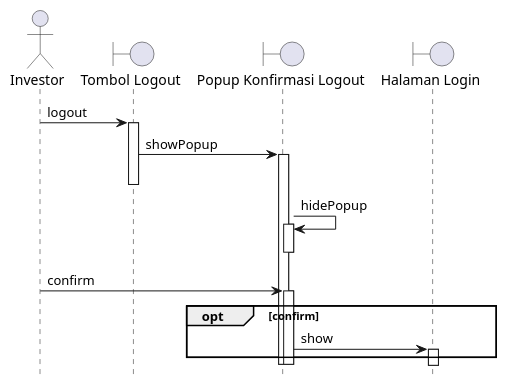
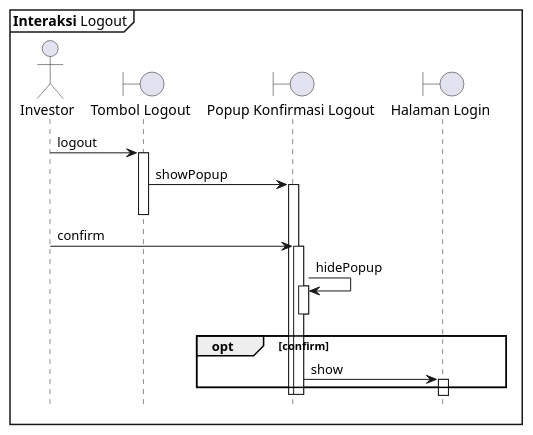
The diagram in sequence/Logout.puml (clarestarahma/manajemen-investasi), drawn with PlantUML before and after one commit. The commit also changed 1 other file, not shown here.

Commit message:
mengubah hubungi-cs dan logout

```diff
--- a/sequence/Logout.puml
+++ b/sequence/Logout.puml
@@ -1,29 +1,32 @@
 @startuml Sequence
 
 hide footbox
 autoactivate on
+
+mainframe **Interaksi** Logout
 
 actor "Investor" as I
 boundary "Tombol Logout" as TL
 boundary "Popup Konfirmasi Logout" as PKL
 boundary "Halaman Login" as HL
 
 I -> TL : logout
 
 TL -> PKL : showPopup
 deactivate TL
 
+I -> PKL : confirm
+
 PKL -> PKL : hidePopup
 deactivate PKL
 
-I -> PKL : confirm
 
 opt confirm
   PKL -> HL : show
 end
 
 deactivate PKL
 deactivate PKL
 
 
 @enduml
```
